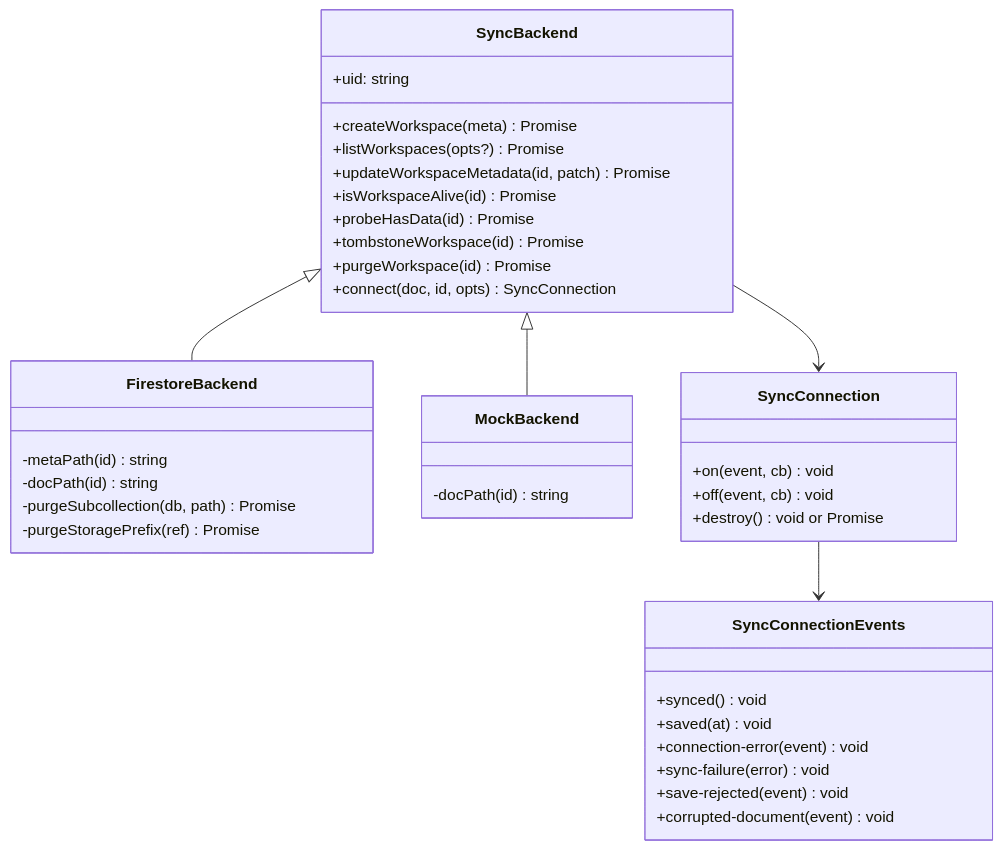
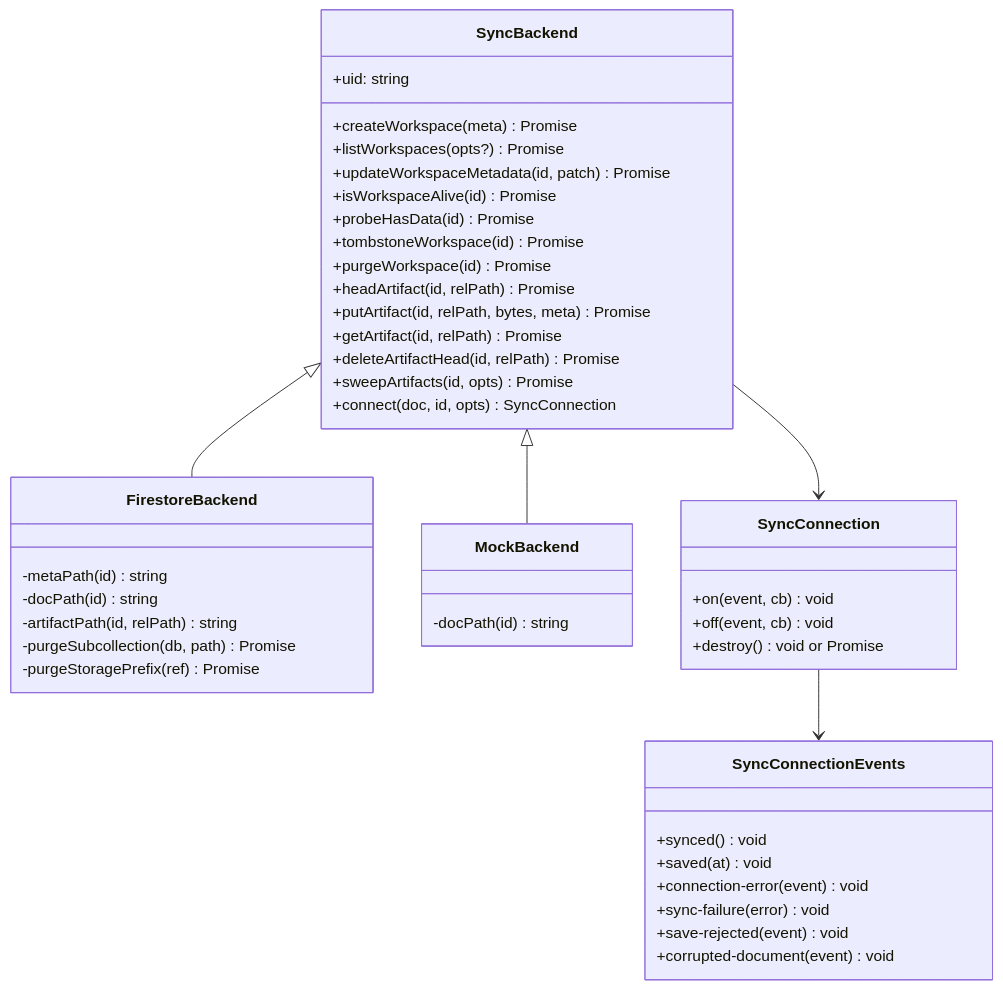
The second of 9 diagrams in docs/comprehensive/36-domain-sync.md (vrwarp/versicle), drawn with Mermaid before and after one commit. The commit also changed other lines of this file and 17 other files, not shown here.

````diff
--- a/docs/comprehensive/36-domain-sync.md
+++ b/docs/comprehensive/36-domain-sync.md
@@ -273,40 +309,46 @@
 ```mermaid
 classDiagram
     class SyncBackend {
         +uid: string
         +createWorkspace(meta) Promise
         +listWorkspaces(opts?) Promise
         +updateWorkspaceMetadata(id, patch) Promise
         +isWorkspaceAlive(id) Promise
         +probeHasData(id) Promise
         +tombstoneWorkspace(id) Promise
         +purgeWorkspace(id) Promise
+        +headArtifact(id, relPath) Promise
+        +putArtifact(id, relPath, bytes, meta) Promise
+        +getArtifact(id, relPath) Promise
+        +deleteArtifactHead(id, relPath) Promise
+        +sweepArtifacts(id, opts) Promise
         +connect(doc, id, opts) SyncConnection
     }
     class FirestoreBackend {
         -metaPath(id) string
         -docPath(id) string
+        -artifactPath(id, relPath) string
         -purgeSubcollection(db, path) Promise
         -purgeStoragePrefix(ref) Promise
     }
     class MockBackend {
         -docPath(id) string
     }
     class SyncConnection {
         +on(event, cb) void
         +off(event, cb) void
         +destroy() void or Promise
     }
     class SyncConnectionEvents {
         +synced() void
         +saved(at) void
         +connection-error(event) void
         +sync-failure(error) void
         +save-rejected(event) void
         +corrupted-document(event) void
     }
     SyncBackend <|-- FirestoreBackend
     SyncBackend <|-- MockBackend
     SyncConnection --> SyncConnectionEvents
     SyncBackend --> SyncConnection
 ```
````
